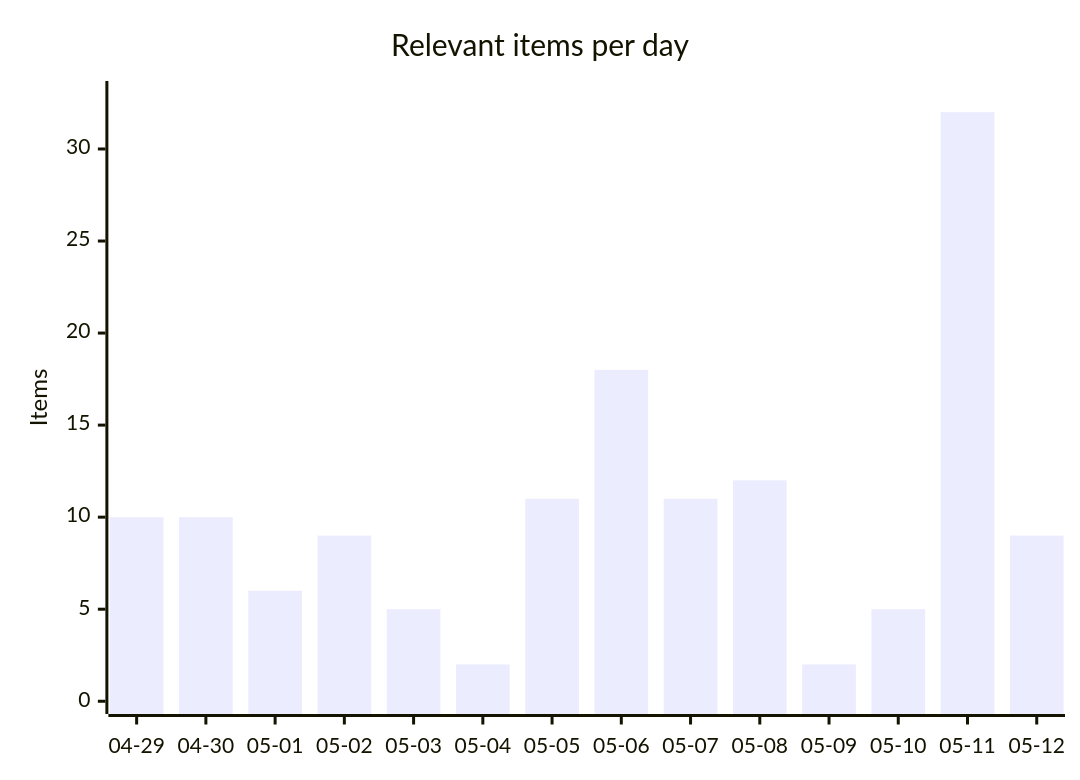
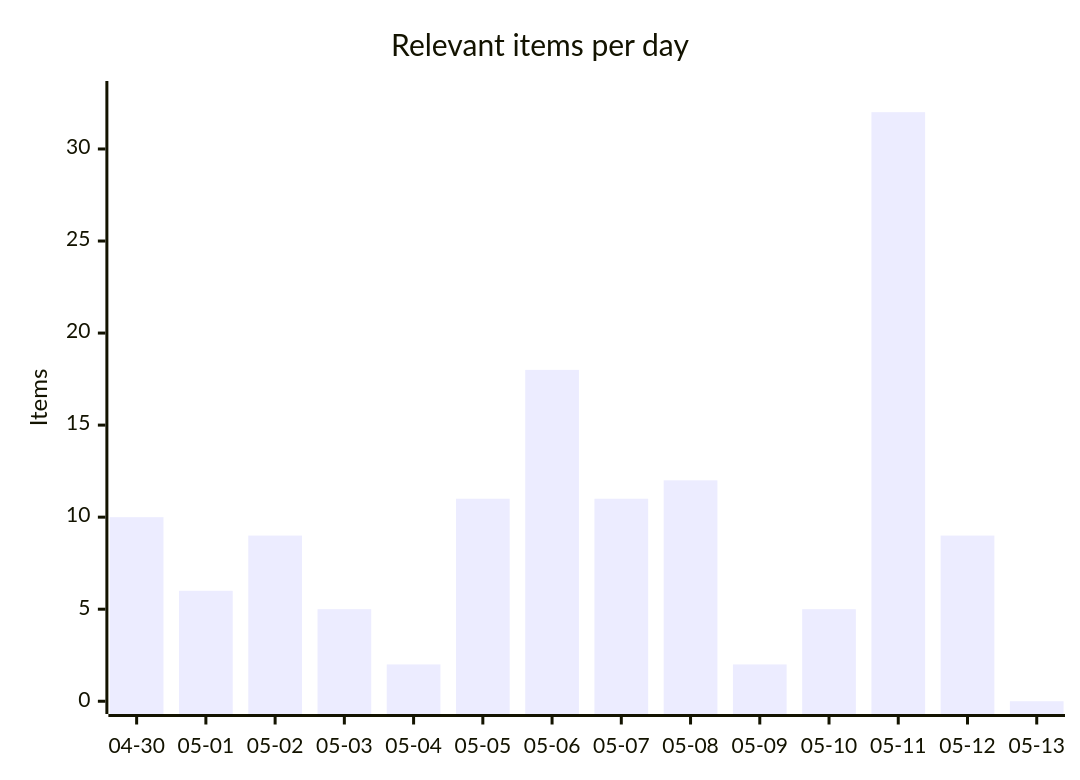
The first of 4 diagrams in README.md (martinbalfanz/social-scanner-reports), drawn with Mermaid before and after one commit. The commit also changed other lines of this file and 2 other files, not shown here.

Commit message:
Update reports through 2026-05-13

````diff
--- a/README.md
+++ b/README.md
@@ -30,7 +30,7 @@
 ```mermaid
 xychart-beta
     title "Relevant items per day"
-    x-axis ["04-29", "04-30", "05-01", "05-02", "05-03", "05-04", "05-05", "05-06", "05-07", "05-08", "05-09", "05-10", "05-11", "05-12"]
+    x-axis ["04-30", "05-01", "05-02", "05-03", "05-04", "05-05", "05-06", "05-07", "05-08", "05-09", "05-10", "05-11", "05-12", "05-13"]
     y-axis "Items" 0 --> 33
-    bar [10, 10, 6, 9, 5, 2, 11, 18, 11, 12, 2, 5, 32, 9]
+    bar [10, 6, 9, 5, 2, 11, 18, 11, 12, 2, 5, 32, 9, 0]
 ```
````
